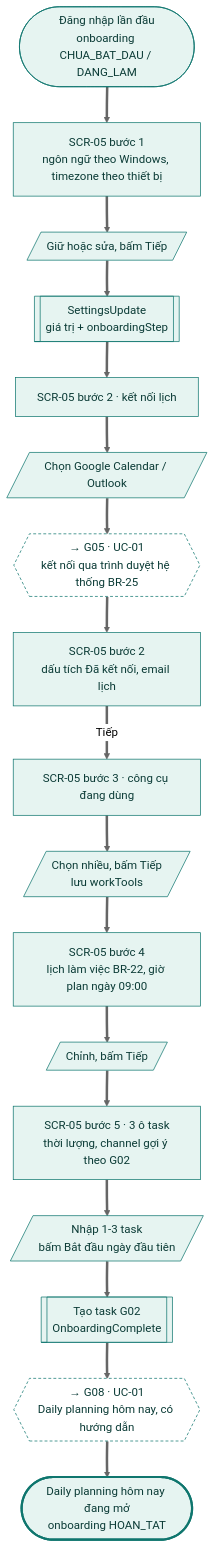
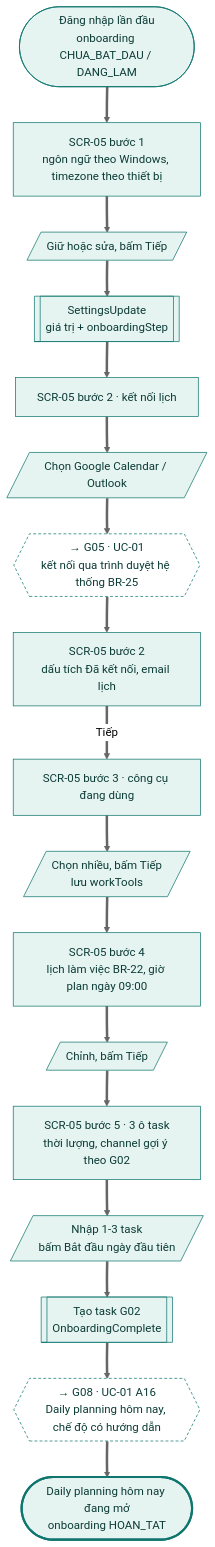
Before and after one commit to tannguyenho/personal-app: diagram 11 of 27 in docs/design-brief/flow/g01-tai-khoan.md, drawn with Mermaid (neutral theme). The commit also changed 3 other files, not shown here.

First line of the commit message:
docs(G08): định nghĩa Daily planning có hướng dẫn (F3)

````diff
--- a/docs/design-brief/flow/g01-tai-khoan.md
+++ b/docs/design-brief/flow/g01-tai-khoan.md
@@ -508,35 +508,35 @@
 ```mermaid
 flowchart TD
   start(["Đăng nhập lần đầu<br/>onboarding CHUA_BAT_DAU / DANG_LAM"])
   s1["SCR-05 bước 1<br/>ngôn ngữ theo Windows, timezone theo thiết bị"]
   u1[/"Giữ hoặc sửa, bấm Tiếp"/]
   p1[["SettingsUpdate<br/>giá trị + onboardingStep"]]
   s2["SCR-05 bước 2 · kết nối lịch"]
   u2[/"Chọn Google Calendar / Outlook"/]
   x1{{"→ G05 · UC-01<br/>kết nối qua trình duyệt hệ thống BR-25"}}
   s2b["SCR-05 bước 2<br/>dấu tích Đã kết nối, email lịch"]
   s3["SCR-05 bước 3 · công cụ đang dùng"]
   u3[/"Chọn nhiều, bấm Tiếp<br/>lưu workTools"/]
   s4["SCR-05 bước 4<br/>lịch làm việc BR-22, giờ plan ngày 09:00"]
   u4[/"Chỉnh, bấm Tiếp"/]
   s5["SCR-05 bước 5 · 3 ô task<br/>thời lượng, channel gợi ý theo G02"]
   u5[/"Nhập 1-3 task<br/>bấm Bắt đầu ngày đầu tiên"/]
   p2[["Tạo task G02<br/>OnboardingComplete"]]
-  x2{{"→ G08 · UC-01<br/>Daily planning hôm nay, có hướng dẫn"}}
+  x2{{"→ G08 · UC-01 A16<br/>Daily planning hôm nay, chế độ có hướng dẫn"}}
   ok(["Daily planning hôm nay đang mở<br/>onboarding HOAN_TAT"])
 
   start ==> s1 ==> u1 ==> p1 ==> s2 ==> u2 ==> x1 ==> s2b ==>|"Tiếp"| s3 ==> u3 ==> s4 ==> u4 ==> s5 ==> u5 ==> p2 ==> x2 ==> ok
 
   class start,s1,u1,p1,s2,u2,s2b,s3,u3,s4,u4,s5,u5,p2 happy
   class x1,x2 link
   class ok done
   classDef happy fill:#E6F4F1,stroke:#0F766E,color:#0B3B36
   classDef alt fill:#F1F3F5,stroke:#6B7280,color:#1F2937
   classDef err fill:#FDECEC,stroke:#B42318,color:#5C1010
   classDef warn fill:#FEF4E2,stroke:#B45309,color:#4A2604
   classDef ai fill:#F1ECFD,stroke:#6D28D9,color:#2E1065
   classDef sync fill:#FFFFFF,stroke:#6B7280,stroke-dasharray:4 3,color:#1F2937
   classDef link fill:#FFFFFF,stroke:#0F766E,stroke-dasharray:4 3,color:#0B3B36
   classDef done fill:#E6F4F1,stroke:#0F766E,stroke-width:3px,color:#0B3B36
   classDef fail fill:#FDECEC,stroke:#B42318,stroke-width:3px,color:#5C1010
 ```
````
